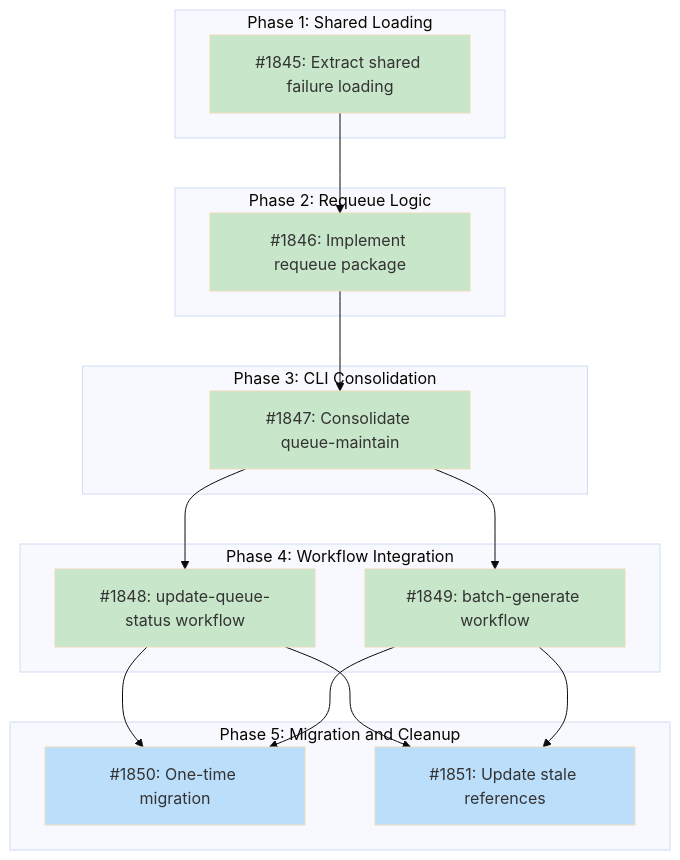
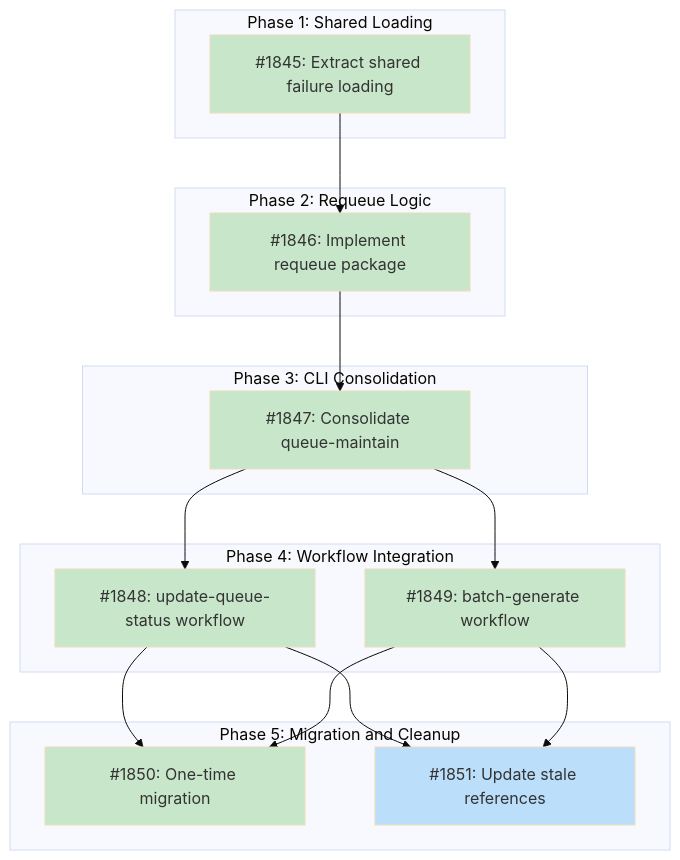
The diagram in docs/designs/DESIGN-requeue-on-recipe-merge.md (tsukumogami/tsuku), drawn with Mermaid (base theme) before and after one commit. The commit also changed other lines of this file, not shown here.

Commit message:
chore: mark #1850 done, unblock #1851

````diff
--- a/docs/designs/DESIGN-requeue-on-recipe-merge.md
+++ b/docs/designs/DESIGN-requeue-on-recipe-merge.md
@@ -63,43 +63,43 @@
 ```mermaid
 graph TD
     subgraph Phase1["Phase 1: Shared Loading"]
         I1845["#1845: Extract shared failure loading"]
     end
 
     subgraph Phase2["Phase 2: Requeue Logic"]
         I1846["#1846: Implement requeue package"]
     end
 
     subgraph Phase3["Phase 3: CLI Consolidation"]
         I1847["#1847: Consolidate queue-maintain"]
     end
 
     subgraph Phase4["Phase 4: Workflow Integration"]
         I1848["#1848: update-queue-status workflow"]
         I1849["#1849: batch-generate workflow"]
     end
 
     subgraph Phase5["Phase 5: Migration and Cleanup"]
         I1850["#1850: One-time migration"]
         I1851["#1851: Update stale references"]
     end
 
     I1845 --> I1846
     I1846 --> I1847
     I1847 --> I1848
     I1847 --> I1849
     I1848 --> I1850
     I1849 --> I1850
     I1848 --> I1851
     I1849 --> I1851
 
     classDef done fill:#c8e6c9
     classDef ready fill:#bbdefb
     classDef blocked fill:#fff9c4
     classDef needsDesign fill:#e1bee7
     classDef tracksDesign fill:#FFE0B2,stroke:#F57C00,color:#000
 
     class I1845 done
-    class I1846,I1847,I1848,I1849 done
-    class I1850,I1851 ready
+    class I1846,I1847,I1848,I1849,I1850 done
+    class I1851 ready
 ```
````
